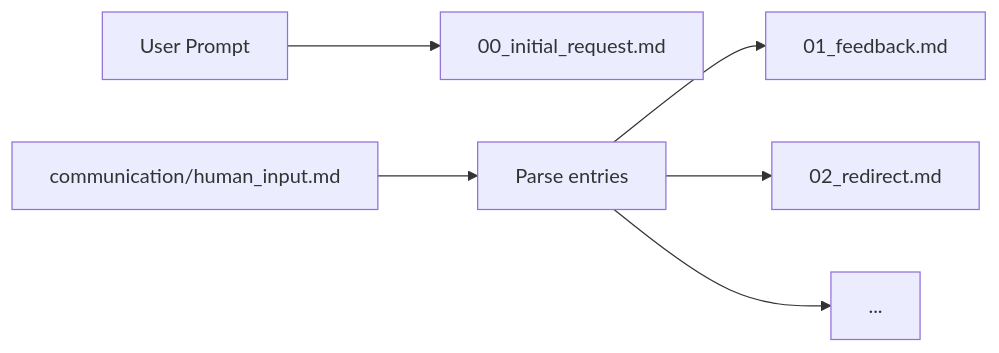
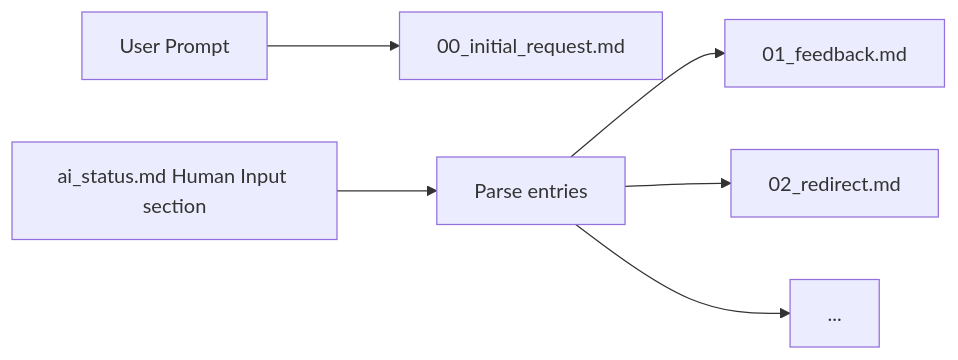
Before and after one commit to toonvanvr/prompt-engineering: the diagram in agents/kernel/prompt-preservation.md, drawn with Mermaid. The commit also changed 24 other files, not shown here.

````diff
--- a/agents/kernel/prompt-preservation.md
+++ b/agents/kernel/prompt-preservation.md
@@ -57,8 +57,8 @@
 ```mermaid
 flowchart LR
     A[User Prompt] --> B[00_initial_request.md]
-    C[communication/human_input.md] --> D[Parse entries]
+    C[ai_status.md Human Input section] --> D[Parse entries]
     D --> E[01_feedback.md]
     D --> F[02_redirect.md]
     D --> G[...]
 ```
````
